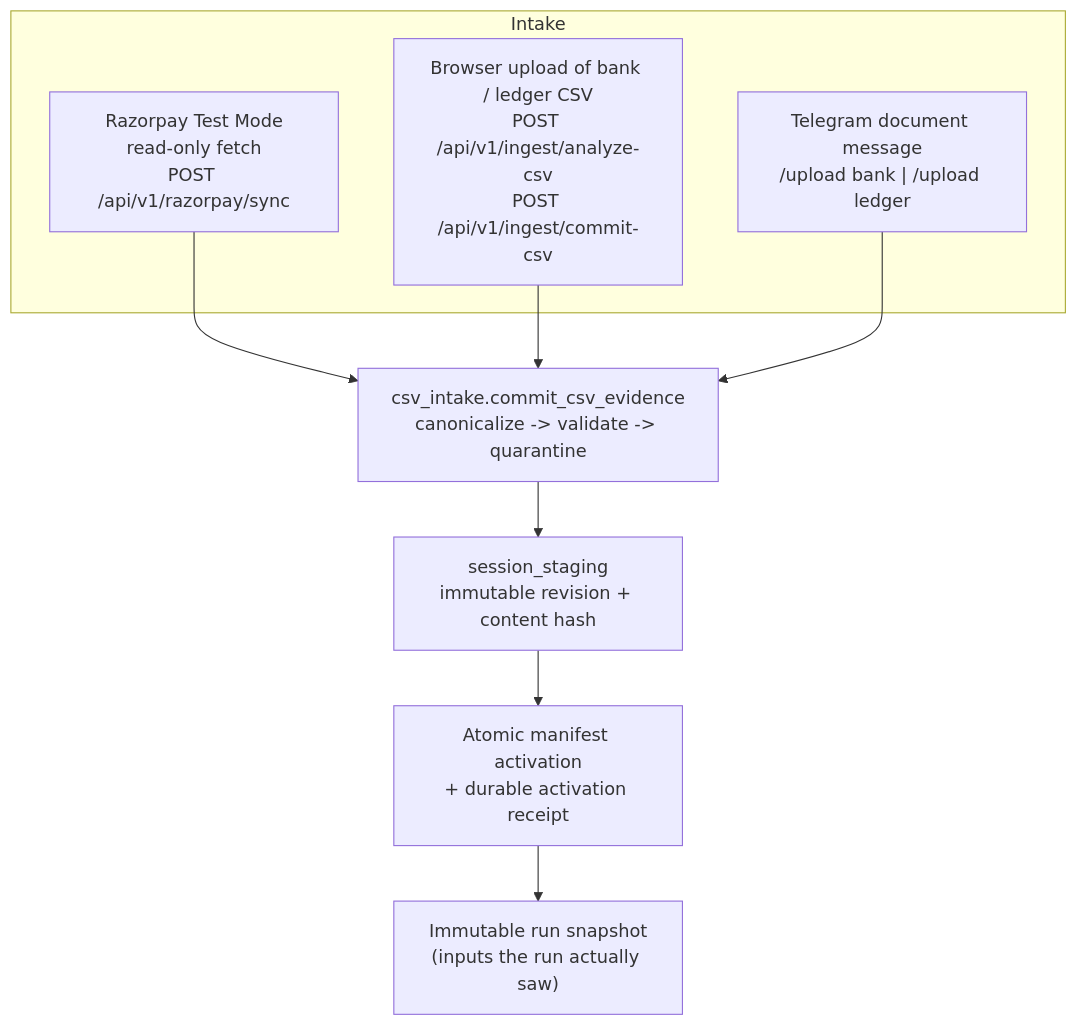
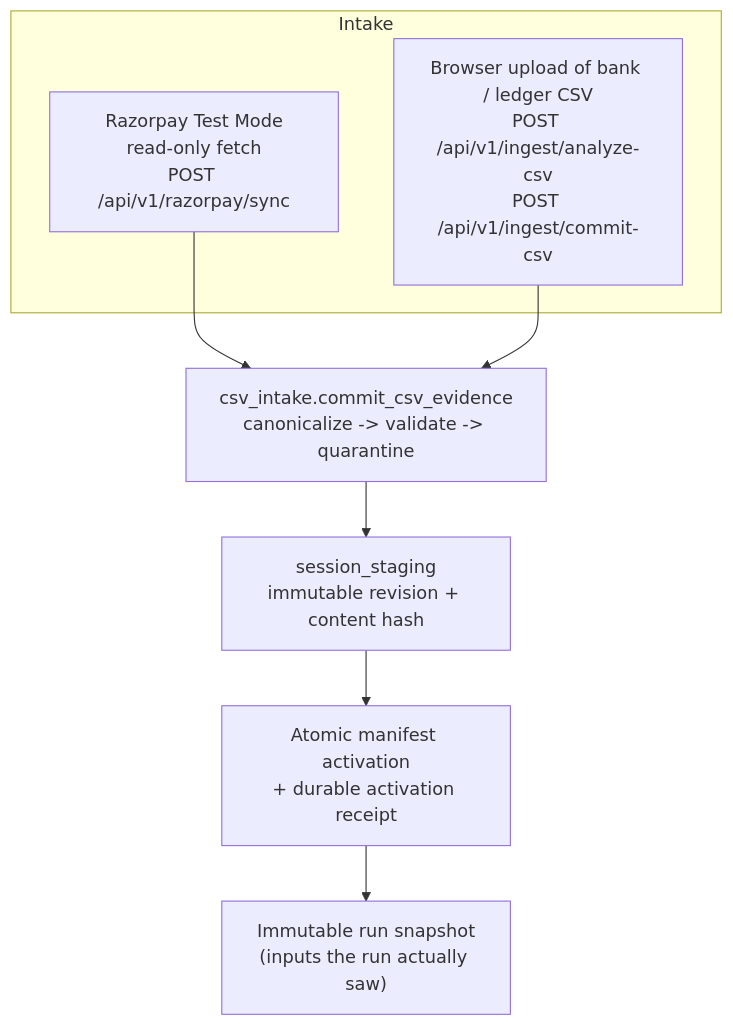
Before and after one commit to fredrick-nadar/RazorPay_Buildathon: the first of 3 diagrams in docs/data-flow.md, drawn with Mermaid. The commit also changed other lines of this file and 17 other files, not shown here.

````diff
--- a/docs/data-flow.md
+++ b/docs/data-flow.md
@@ -18,15 +18,13 @@
 ```mermaid
 flowchart TD
   subgraph Intake
     RZP["Razorpay Test Mode<br/>read-only fetch<br/>POST /api/v1/razorpay/sync"]
     UP["Browser upload of bank / ledger CSV<br/>POST /api/v1/ingest/analyze-csv<br/>POST /api/v1/ingest/commit-csv"]
-    TGM["Telegram document message<br/>/upload bank | /upload ledger"]
   end
   RZP --> CI
   UP --> CI
-  TGM --> CI
   CI["csv_intake.commit_csv_evidence<br/>canonicalize -> validate -> quarantine"]
   CI --> SS["session_staging<br/>immutable revision + content hash"]
   SS --> ACT["Atomic manifest activation<br/>+ durable activation receipt"]
   ACT --> SNAP["Immutable run snapshot<br/>(inputs the run actually saw)"]
 ```
````
